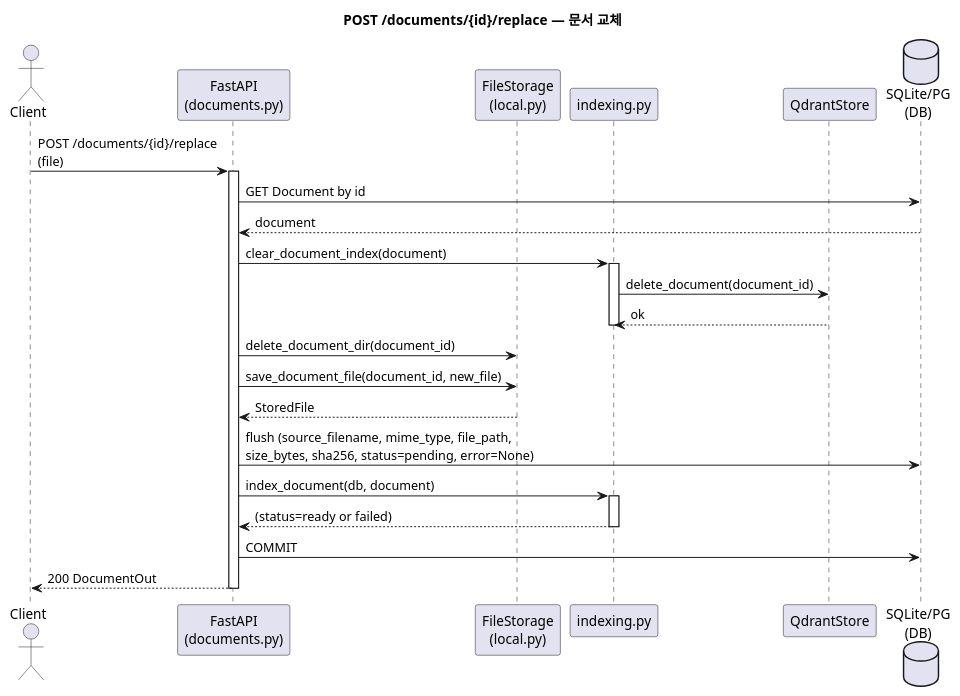
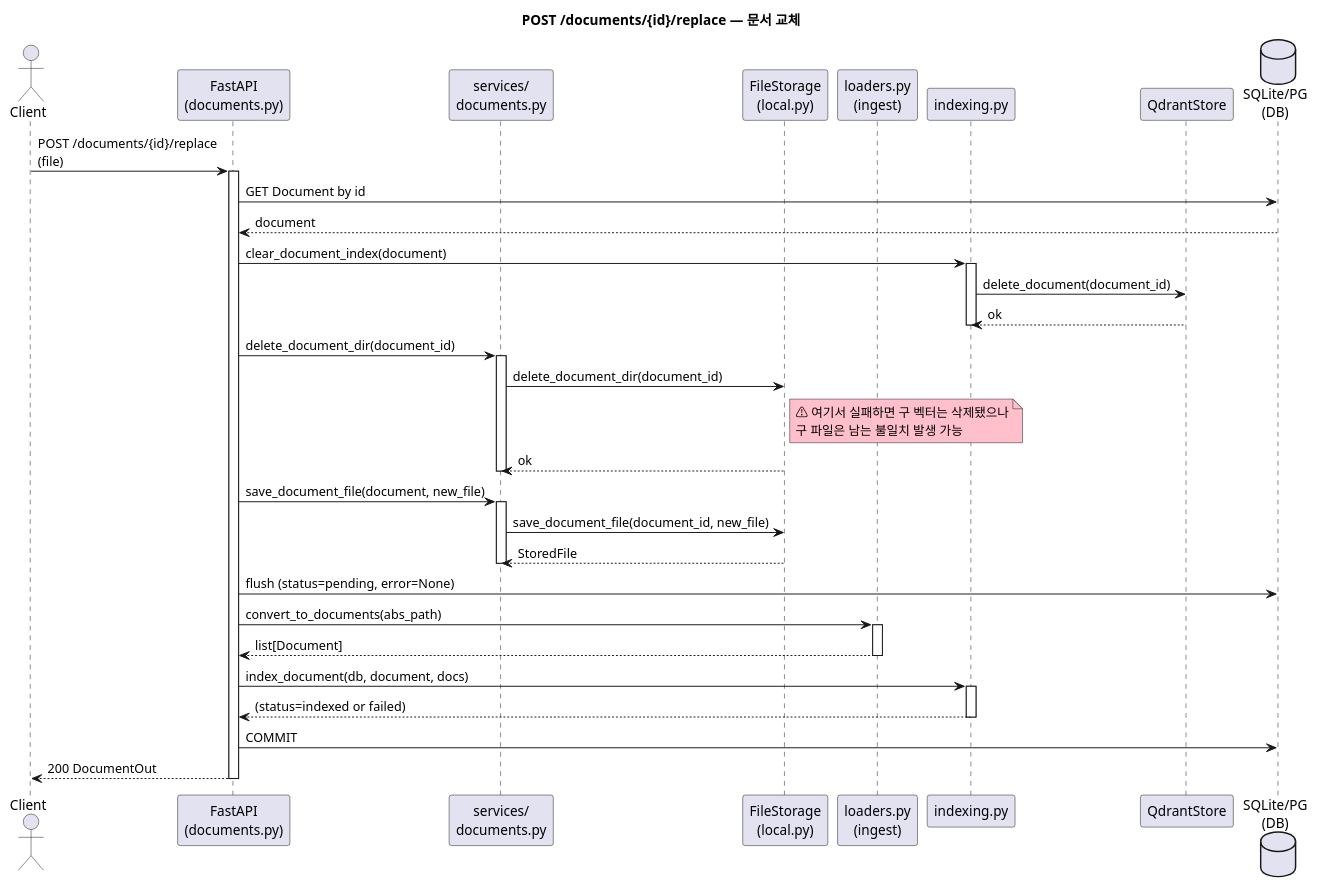
Before and after one commit to sigmoidx0/ragkit: the second of 4 diagrams in docs/diagrams/all.puml, drawn with PlantUML. The commit also changed other lines of this file and 18 other files, not shown here.

First line of the commit message:
refactor: restructure ingest, storage, and document service layers

```diff
--- a/docs/diagrams/all.puml
+++ b/docs/diagrams/all.puml
@@ -67,42 +81,60 @@
 @startuml Document Replace
 
 title POST /documents/{id}/replace — 문서 교체
 
 actor Client
 participant "FastAPI\n(documents.py)" as API
+participant "services/\ndocuments.py" as SVC
 participant "FileStorage\n(local.py)" as FS
+participant "loaders.py\n(ingest)" as LDR
 participant "indexing.py" as IDX
 participant "QdrantStore" as QD
 database "SQLite/PG\n(DB)" as DB
 
 Client -> API : POST /documents/{id}/replace\n(file)
 activate API
 
 API -> DB : GET Document by id
 DB --> API : document
 
 API -> IDX : clear_document_index(document)
 activate IDX
 IDX -> QD : delete_document(document_id)
 QD --> IDX : ok
 deactivate IDX
 
-API -> FS : delete_document_dir(document_id)
+API -> SVC : delete_document_dir(document_id)
+activate SVC
+SVC -> FS : delete_document_dir(document_id)
+note right of FS #pink
+  ⚠ 여기서 실패하면 구 벡터는 삭제됐으나
+  구 파일은 남는 불일치 발생 가능
+end note
+FS --> SVC : ok
+deactivate SVC
 
-API -> FS : save_document_file(document_id, new_file)
-FS --> API : StoredFile
+API -> SVC : save_document_file(document, new_file)
+activate SVC
+SVC -> FS : save_document_file(document_id, new_file)
+FS --> SVC : StoredFile
+deactivate SVC
 
-API -> DB : flush (source_filename, mime_type, file_path,\nsize_bytes, sha256, status=pending, error=None)
+API -> DB : flush (status=pending, error=None)
 
-API -> IDX : index_document(db, document)
+API -> LDR : convert_to_documents(abs_path)
+activate LDR
+LDR --> API : list[Document]
+deactivate LDR
+
+API -> IDX : index_document(db, document, docs)
 activate IDX
-IDX --> API : (status=ready or failed)
+IDX --> API : (status=indexed or failed)
 deactivate IDX
 
 API -> DB : COMMIT
 
 API --> Client : 200 DocumentOut
 
 deactivate API
 
 @enduml
```
